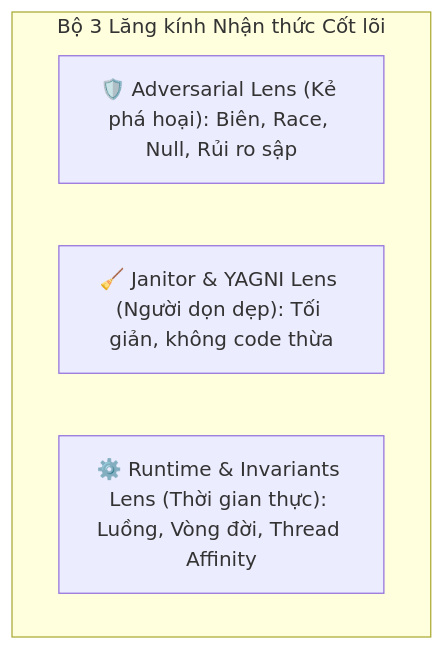
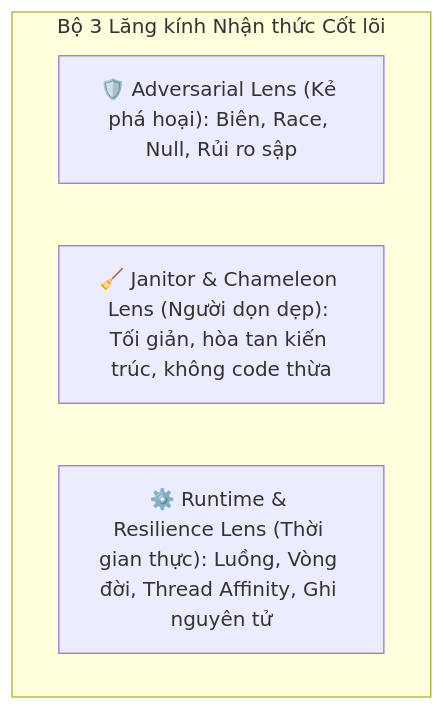
The second of 3 diagrams in SKILL.md (ghostminhtoan/teamwork-preview-protocol-GMTPC), drawn with Mermaid before and after one commit. The commit also changed other lines of this file and 1 other file, not shown here.

Commit message:
feat(skill): integrate claude-level hypothesis debugging, sister-bug scan, atomic resilience and context budgeting

````diff
--- a/SKILL.md
+++ b/SKILL.md
@@ -132,8 +140,8 @@
 ```mermaid
 graph TD
     subgraph CognitiveLenses ["Bộ 3 Lăng kính Nhận thức Cốt lõi"]
         L1["🛡️ Adversarial Lens (Kẻ phá hoại): Biên, Race, Null, Rủi ro sập"]
-        L2["🧹 Janitor & YAGNI Lens (Người dọn dẹp): Tối giản, không code thừa"]
-        L3["⚙️ Runtime & Invariants Lens (Thời gian thực): Luồng, Vòng đời, Thread Affinity"]
+        L2["🧹 Janitor & Chameleon Lens (Người dọn dẹp): Tối giản, hòa tan kiến trúc, không code thừa"]
+        L3["⚙️ Runtime & Resilience Lens (Thời gian thực): Luồng, Vòng đời, Thread Affinity, Ghi nguyên tử"]
     end
 ```
````
